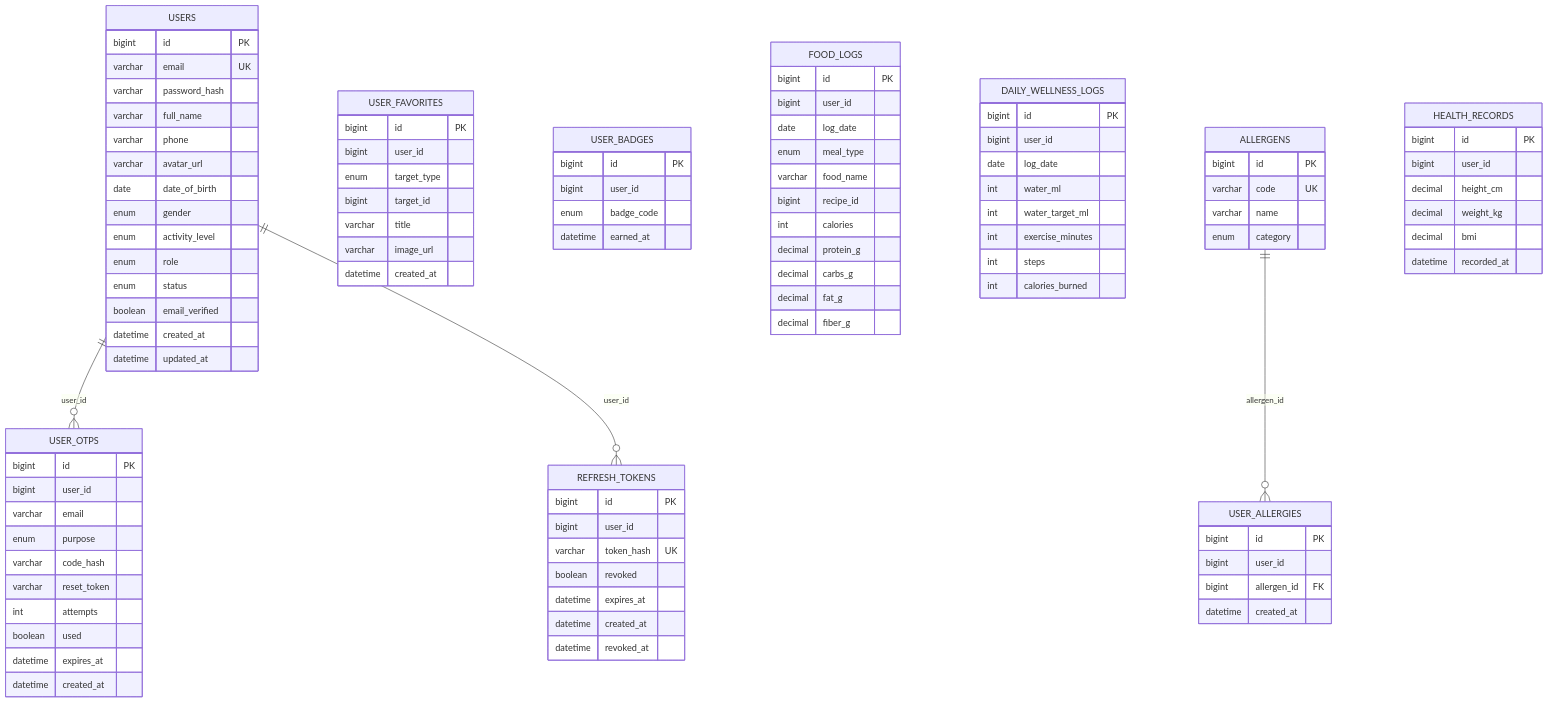
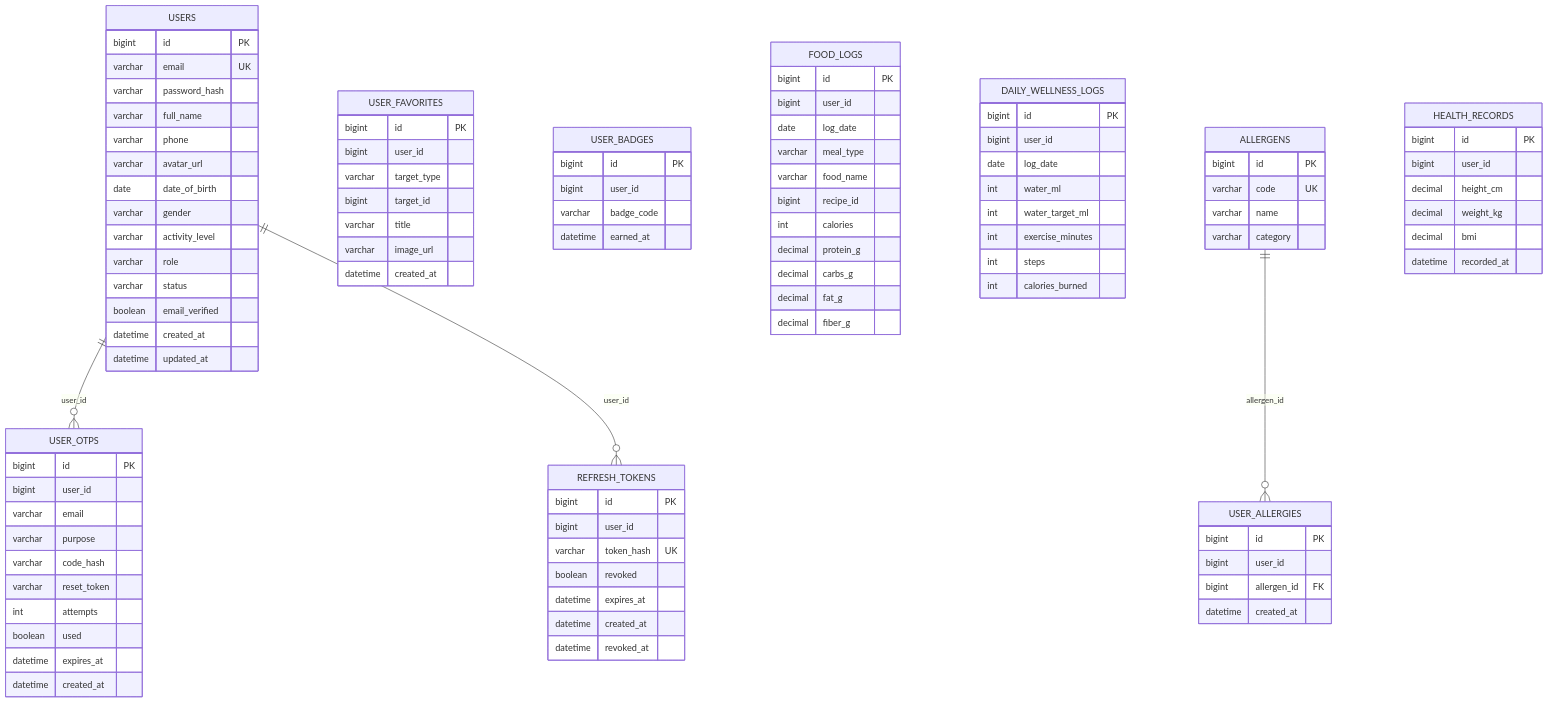
The seventh of 19 diagrams in docs/PRM_CAPSTONE.md (Phu0312/VeggiePal-Microservice), drawn with Mermaid before and after one commit. The commit also changed other lines of this file and 64 other files, not shown here.

```diff
--- a/docs/PRM_CAPSTONE.md
+++ b/docs/PRM_CAPSTONE.md
@@ -510,10 +517,10 @@
         varchar phone
         varchar avatar_url
         date date_of_birth
-        enum gender
-        enum activity_level
-        enum role
-        enum status
+        varchar gender
+        varchar activity_level
+        varchar role
+        varchar status
         boolean email_verified
         datetime created_at
         datetime updated_at
@@ -522,7 +529,7 @@
         bigint id PK
         bigint user_id
         varchar email
-        enum purpose
+        varchar purpose
         varchar code_hash
         varchar reset_token
         int attempts
@@ -542,7 +549,7 @@
     USER_FAVORITES {
         bigint id PK
         bigint user_id
-        enum target_type
+        varchar target_type
         bigint target_id
         varchar title
         varchar image_url
@@ -551,14 +558,14 @@
     USER_BADGES {
         bigint id PK
         bigint user_id
-        enum badge_code
+        varchar badge_code
         datetime earned_at
     }
     FOOD_LOGS {
         bigint id PK
         bigint user_id
         date log_date
-        enum meal_type
+        varchar meal_type
         varchar food_name
         bigint recipe_id
         int calories
@@ -581,7 +588,7 @@
         bigint id PK
         varchar code UK
         varchar name
-        enum category
+        varchar category
     }
     USER_ALLERGIES {
         bigint id PK
```
